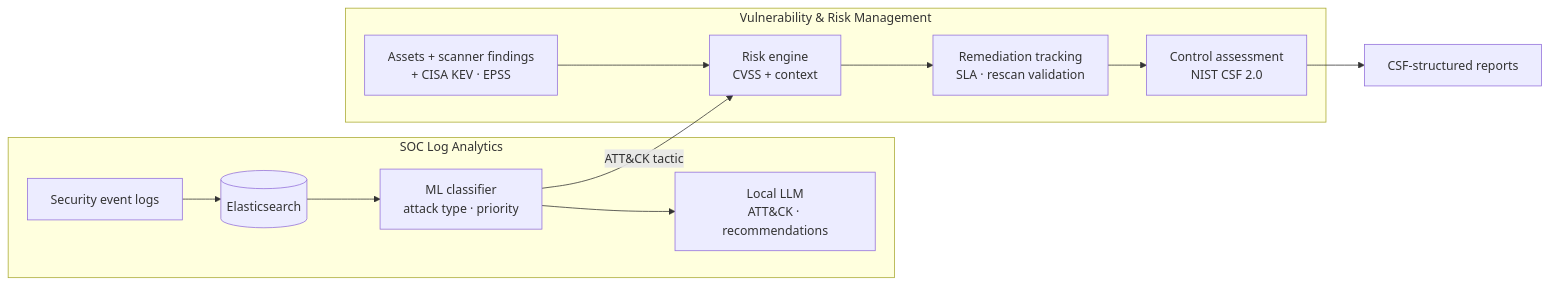
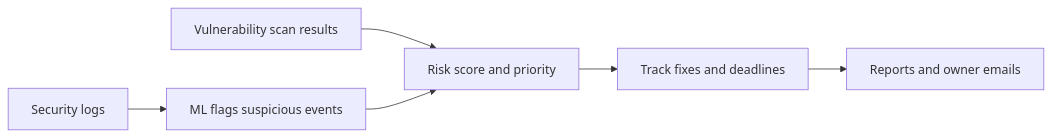
One commit to juhyun2000/SOC_Dashboard-CSE543- changed the diagram in README.md. Above: the diagram before and after it, drawn with Mermaid. The commit also changed other lines of this file, not shown here.

````diff
--- a/README.md
+++ b/README.md
@@ -27,17 +48,8 @@
 ```mermaid
 flowchart LR
-    subgraph SOC["SOC Log Analytics"]
-        L[Security event logs] --> ES[(Elasticsearch)]
-        ES --> ML[ML classifier<br/>attack type · priority]
-        ML --> LLM[Local LLM<br/>ATT&CK · recommendations]
-    end
-
-    subgraph VM["Vulnerability & Risk Management"]
-        A[Assets + scanner findings<br/>+ CISA KEV · EPSS] --> E[Risk engine<br/>CVSS + context]
-        E --> T[Remediation tracking<br/>SLA · rescan validation]
-        T --> G[Control assessment<br/>NIST CSF 2.0]
-    end
-
-    ML -- "ATT&CK tactic" --> E
-    G --> R[CSF-structured reports]
+    A[Security logs] --> B[ML flags suspicious events]
+    C[Vulnerability scan results] --> D[Risk score and priority]
+    B --> D
+    D --> E[Track fixes and deadlines]
+    E --> F[Reports and owner emails]
 ```
````
